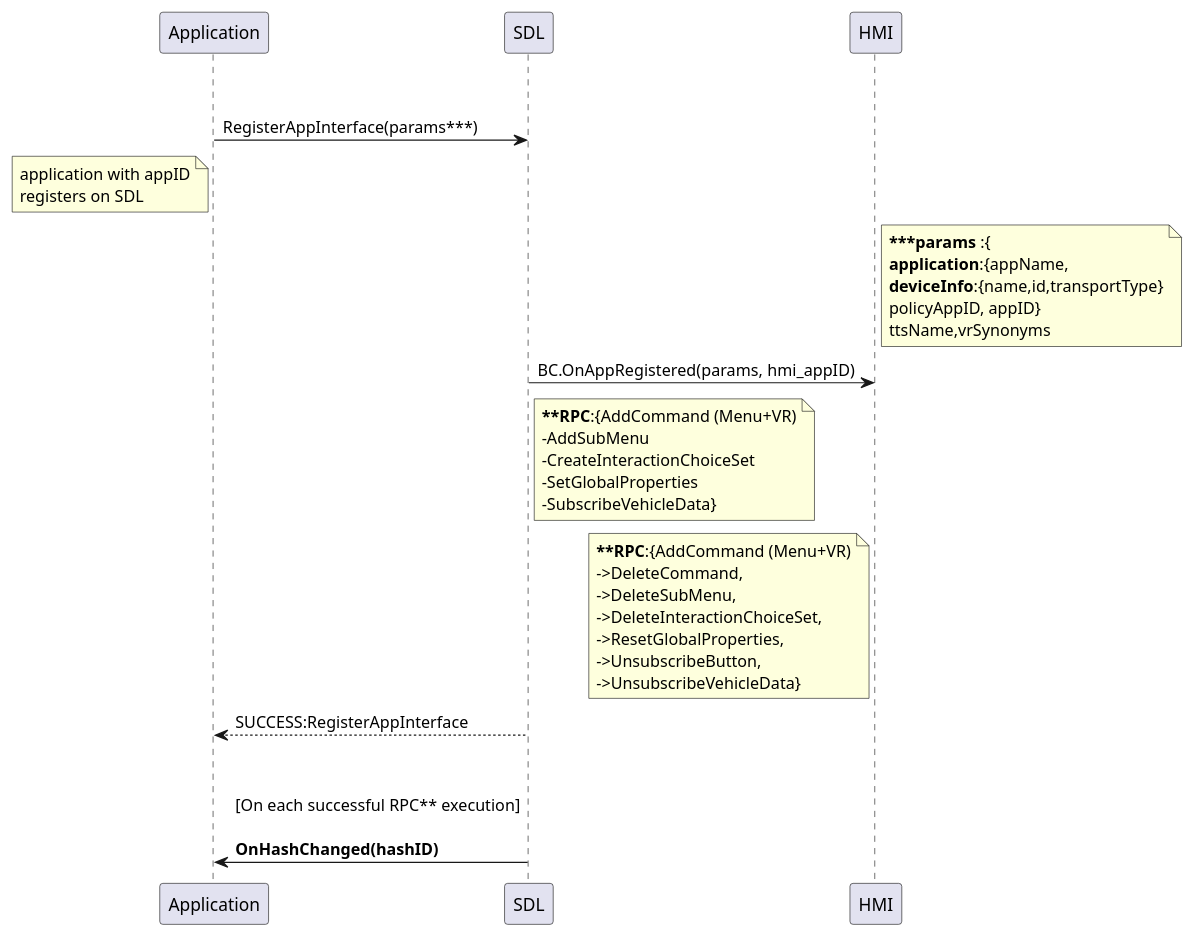
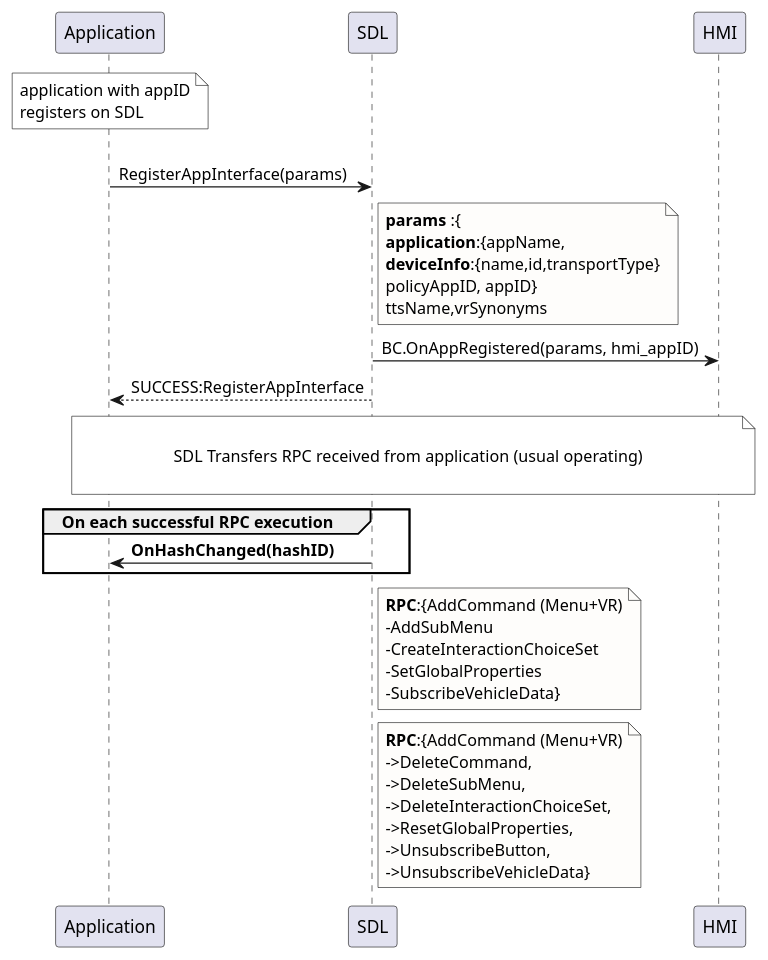
Before and after one commit to ovvasyliev/sdl_core: the diagram in docs/use_cases/application_registration/assets/RegisterAppInterface_standard_sequence_diagram.puml, drawn with PlantUML.

Commit message:
Update RegisterAppInterface_standard_sequence_diagram.puml
added notes

```diff
--- a/docs/use_cases/application_registration/assets/RegisterAppInterface_standard_sequence_diagram.puml
+++ b/docs/use_cases/application_registration/assets/RegisterAppInterface_standard_sequence_diagram.puml
@@ -1,10 +1,15 @@
 @startuml
-Application -> SDL: \n\nRegisterAppInterface(params***)
-note left of Application: application with appID\nregisters on SDL 
-note right of HMI:*******\ **params** :{\n**application**:{appName,\n**deviceInfo**:{name,id,transportType}\npolicyAppID, appID}\nttsName,vrSynonyms
+note over Application #ffffff: application with appID\nregisters on SDL 
+Application -> SDL: \nRegisterAppInterface(params)
+note right of SDL #fefdfb:**params** :{\n**application**:{appName,\n**deviceInfo**:{name,id,transportType}\npolicyAppID, appID}\nttsName,vrSynonyms
 SDL -> HMI: BC.OnAppRegistered(params, hmi_appID) 
-note right of SDL: ****RPC**:{AddCommand (Menu+VR)\n-AddSubMenu\n-CreateInteractionChoiceSet\n-SetGlobalProperties\n-SubscribeVehicleData}
-note left of HMI:****RPC**:{AddCommand (Menu+VR)\n->DeleteCommand,\n->DeleteSubMenu,\n->DeleteInteractionChoiceSet,\n->ResetGlobalProperties,\n->UnsubscribeButton,\n->UnsubscribeVehicleData}
-SDL ---> Application: SUCCESS:RegisterAppInterface  
-SDL -> Application: \n\n[On each successful RPC** execution]\n\n**OnHashChanged(hashID)**
+
+SDL ---> Application: SUCCESS:RegisterAppInterface
+note over Application, HMI #ffffff: \nSDL Transfers RPC received from application (usual operating)\n
+
+group On each successful RPC execution
+    SDL -> Application: **OnHashChanged(hashID)**
+    end
+note right of SDL #fefdfb: **RPC**:{AddCommand (Menu+VR)\n-AddSubMenu\n-CreateInteractionChoiceSet\n-SetGlobalProperties\n-SubscribeVehicleData}
+note right of SDL #fefdfb:**RPC**:{AddCommand (Menu+VR)\n->DeleteCommand,\n->DeleteSubMenu,\n->DeleteInteractionChoiceSet,\n->ResetGlobalProperties,\n->UnsubscribeButton,\n->UnsubscribeVehicleData}
 @enduml
```
